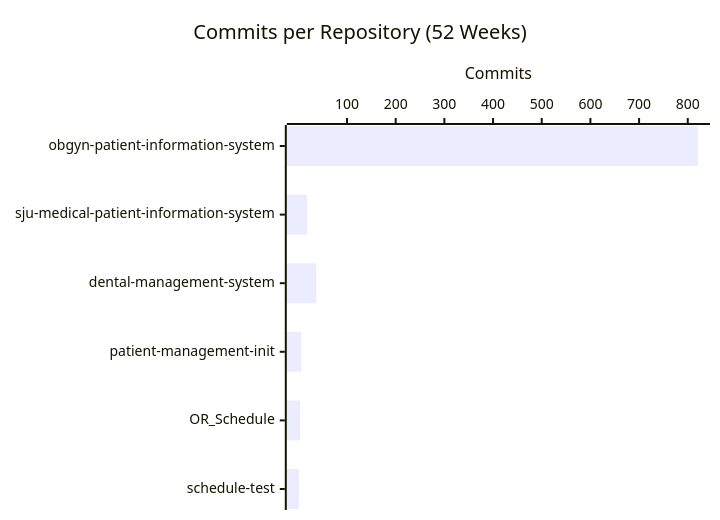
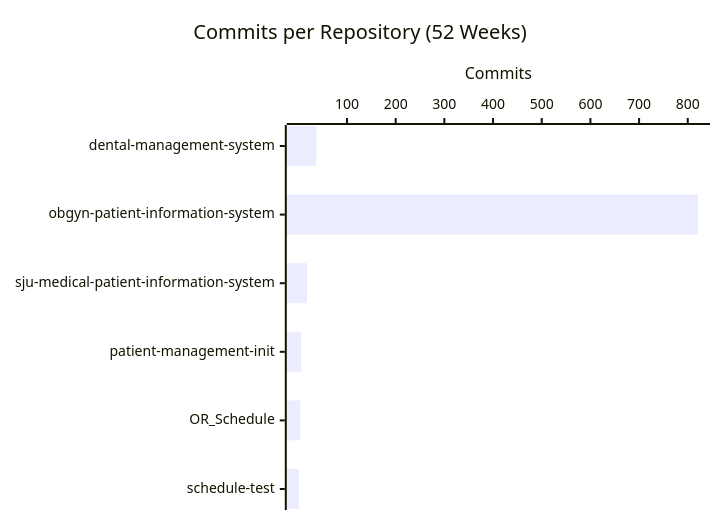
The second of 4 diagrams in profile/README.md (CSTH-Projects/.github), drawn with Mermaid before and after one commit. The commit also changed other lines of this file, not shown here.

````diff
--- a/profile/README.md
+++ b/profile/README.md
@@ -24,7 +24,7 @@
 ```mermaid
 xychart-beta horizontal
     title "Commits per Repository (52 Weeks)"
-    x-axis ["obgyn-patient-information-system", "sju-medical-patient-information-system", "dental-management-system", "patient-management-init", "OR_Schedule", "schedule-test"]
+    x-axis ["dental-management-system", "obgyn-patient-information-system", "sju-medical-patient-information-system", "patient-management-init", "OR_Schedule", "schedule-test"]
     y-axis "Commits"
-    bar [821, 18, 37, 6, 4, 1]
+    bar [37, 821, 18, 6, 4, 1]
 ```
````
